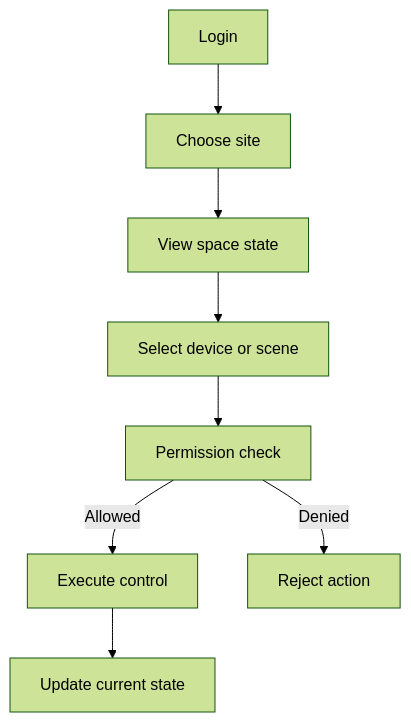
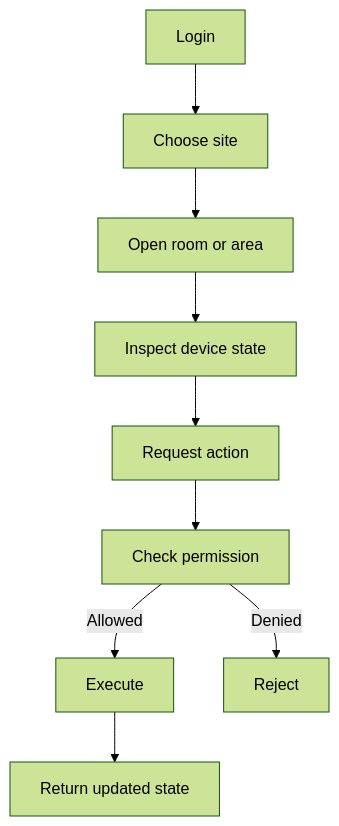
Before and after one commit to farismnrr/portofolio: the second of 3 diagrams in frontend/content/projects/sensio-iot.md, drawn with Mermaid (forest theme). The commit also changed other lines of this file and 6 other files, not shown here.

````diff
--- a/frontend/content/projects/sensio-iot.md
+++ b/frontend/content/projects/sensio-iot.md
@@ -78,10 +71,11 @@
 ```mermaid
 flowchart TD
-    L[Login] --> S[Choose site]
-    S --> V[View space state]
-    V --> A[Select device or scene]
-    A --> P[Permission check]
-    P -->|Allowed| C[Execute control]
-    P -->|Denied| D[Reject action]
-    C --> U[Update current state]
+    A[Login] --> B[Choose site]
+    B --> C[Open room or area]
+    C --> D[Inspect device state]
+    D --> E[Request action]
+    E --> F[Check permission]
+    F -->|Allowed| G[Execute]
+    F -->|Denied| H[Reject]
+    G --> I[Return updated state]
 ```
````
